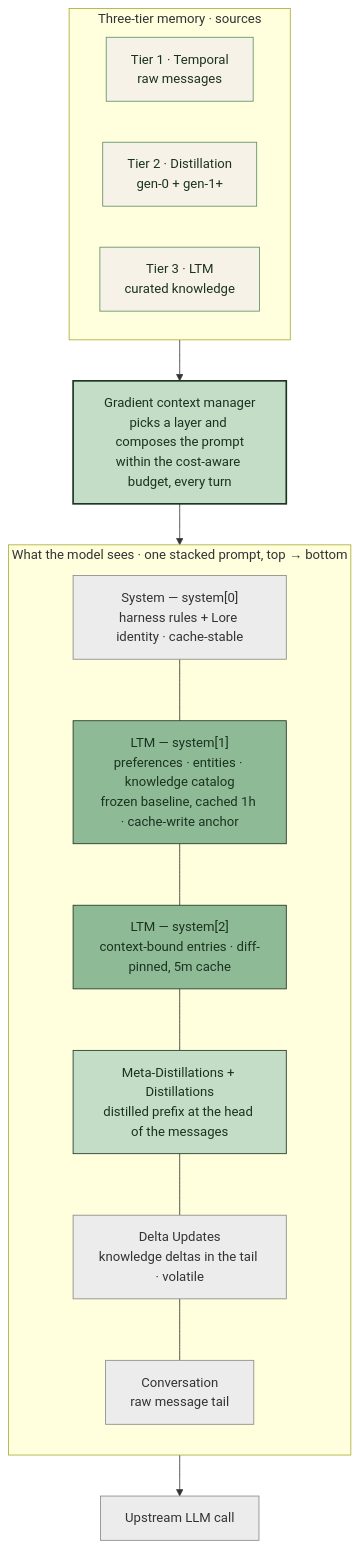
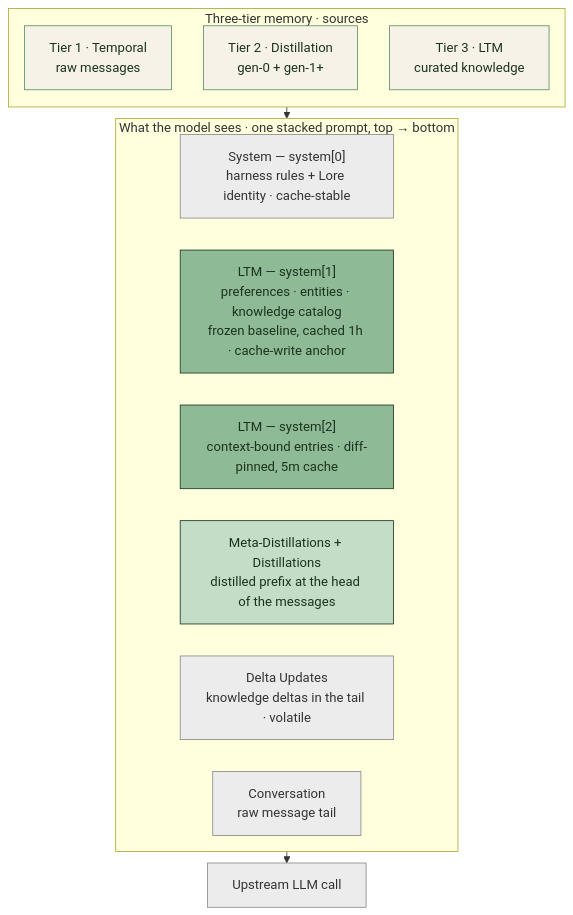
One commit to BYK/loreai changed the second of 5 diagrams in packages/website/src/content/docs/docs/architecture.md. Above: the diagram before and after it, drawn with Mermaid. The commit also changed other lines of this file, not shown here.

First line of the commit message:
docs(website): improve readability of context-flow and recall diagrams

````diff
--- a/packages/website/src/content/docs/docs/architecture.md
+++ b/packages/website/src/content/docs/docs/architecture.md
@@ -42,32 +42,31 @@
 ```mermaid
+%%{init: {"flowchart": {"nodeSpacing": 22, "rankSpacing": 14}}}%%
 flowchart TB
     subgraph Sources["Three-tier memory · sources"]
         direction LR
         T1["Tier 1 · Temporal<br/>raw messages"]:::tier
         T2["Tier 2 · Distillation<br/>gen-0 + gen-1+"]:::tier
         T3["Tier 3 · LTM<br/>curated knowledge"]:::tier
+        T1 ~~~ T2 ~~~ T3
     end
-
-    G["Gradient context manager<br/>picks a layer and composes the prompt<br/>within the cost-aware budget, every turn"]:::gradient
 
     subgraph Stack["What the model sees · one stacked prompt, top → bottom"]
         direction TB
         B1["System — system[0]<br/>harness rules + Lore identity · cache-stable"]:::sys
         B2["LTM — system[1]<br/>preferences · entities · knowledge catalog<br/>frozen baseline, cached 1h · cache-write anchor"]:::pinned
         B3["LTM — system[2]<br/>context-bound entries · diff-pinned, 5m cache"]:::pinned
         B4["Meta-Distillations + Distillations<br/>distilled prefix at the head of the messages"]:::distill
         B5["Delta Updates<br/>knowledge deltas in the tail · volatile"]:::tail
         B6["Conversation<br/>raw message tail"]:::tail
-        B1 --- B2 --- B3 --- B4 --- B5 --- B6
+        B1 ~~~ B2 ~~~ B3 ~~~ B4 ~~~ B5 ~~~ B6
     end
 
-    Sources --> G --> Stack --> Call["Upstream LLM call"]:::ext
+    Sources --> Stack --> Call["Upstream LLM call"]:::ext
 
     classDef tier fill:#f7f2e8,stroke:#5a8f63,color:#1a3320
-    classDef gradient fill:#c4ddc7,stroke:#1a3320,stroke-width:2px,color:#1a3320
     classDef sys fill:#ececec,stroke:#888,color:#333
     classDef pinned fill:#8fba96,stroke:#1a3320,color:#1a3320
     classDef distill fill:#c4ddc7,stroke:#1a3320,color:#1a3320
     classDef tail fill:#ececec,stroke:#888,color:#333
     classDef ext fill:#ececec,stroke:#888,color:#333
 ```
````
